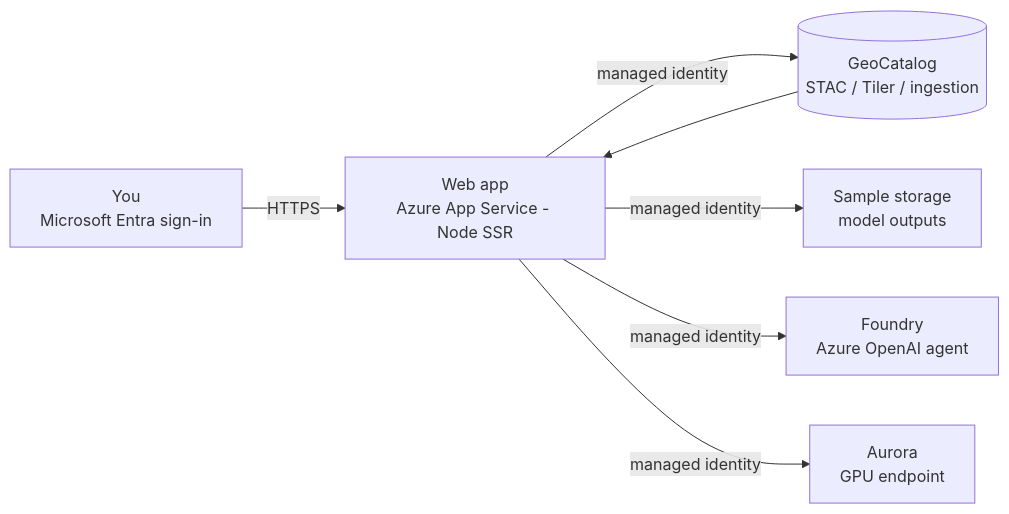
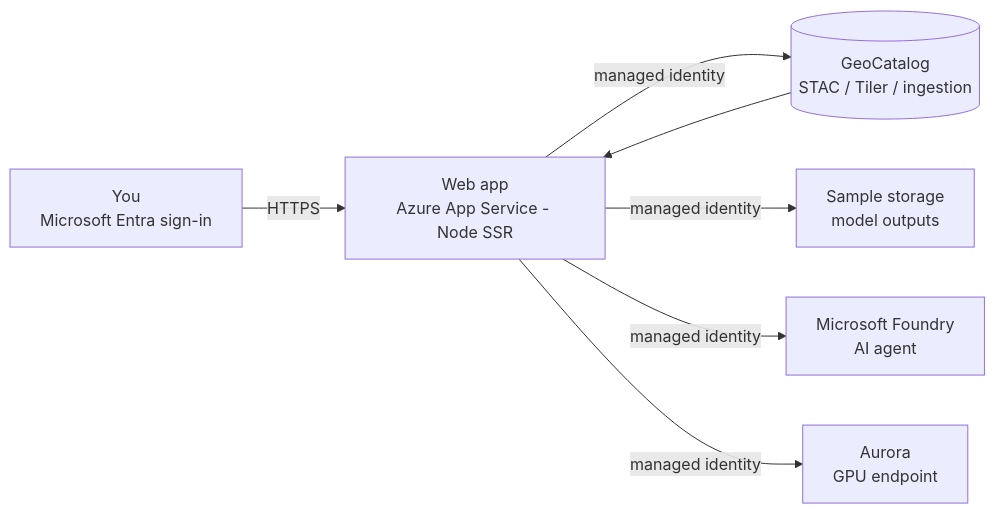
Before and after one commit to paulshaheen/OneGrid: the diagram in planetary-computer-pro-poc/README.md, drawn with Mermaid. The commit also changed other lines of this file and 13 other files, not shown here.

````diff
--- a/planetary-computer-pro-poc/README.md
+++ b/planetary-computer-pro-poc/README.md
@@ -85,9 +85,9 @@
 ```mermaid
 flowchart LR
     U[You<br/>Microsoft Entra sign-in] -->|HTTPS| APP[Web app<br/>Azure App Service - Node SSR]
     APP -->|managed identity| GC[(GeoCatalog<br/>STAC / Tiler / ingestion)]
     APP -->|managed identity| SA[Sample storage<br/>model outputs]
-    APP -->|managed identity| FDN[Foundry<br/>Azure OpenAI agent]
+    APP -->|managed identity| FDN[Microsoft Foundry<br/>AI agent]
     APP -->|managed identity| AUR[Aurora<br/>GPU endpoint]
     GC --> APP
 ```
````
